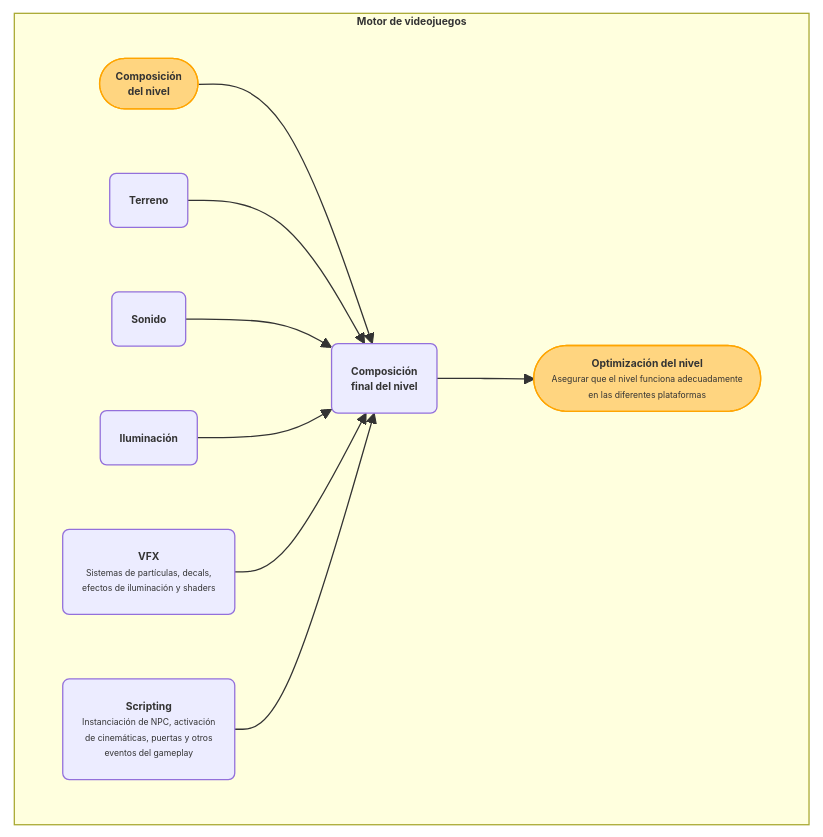
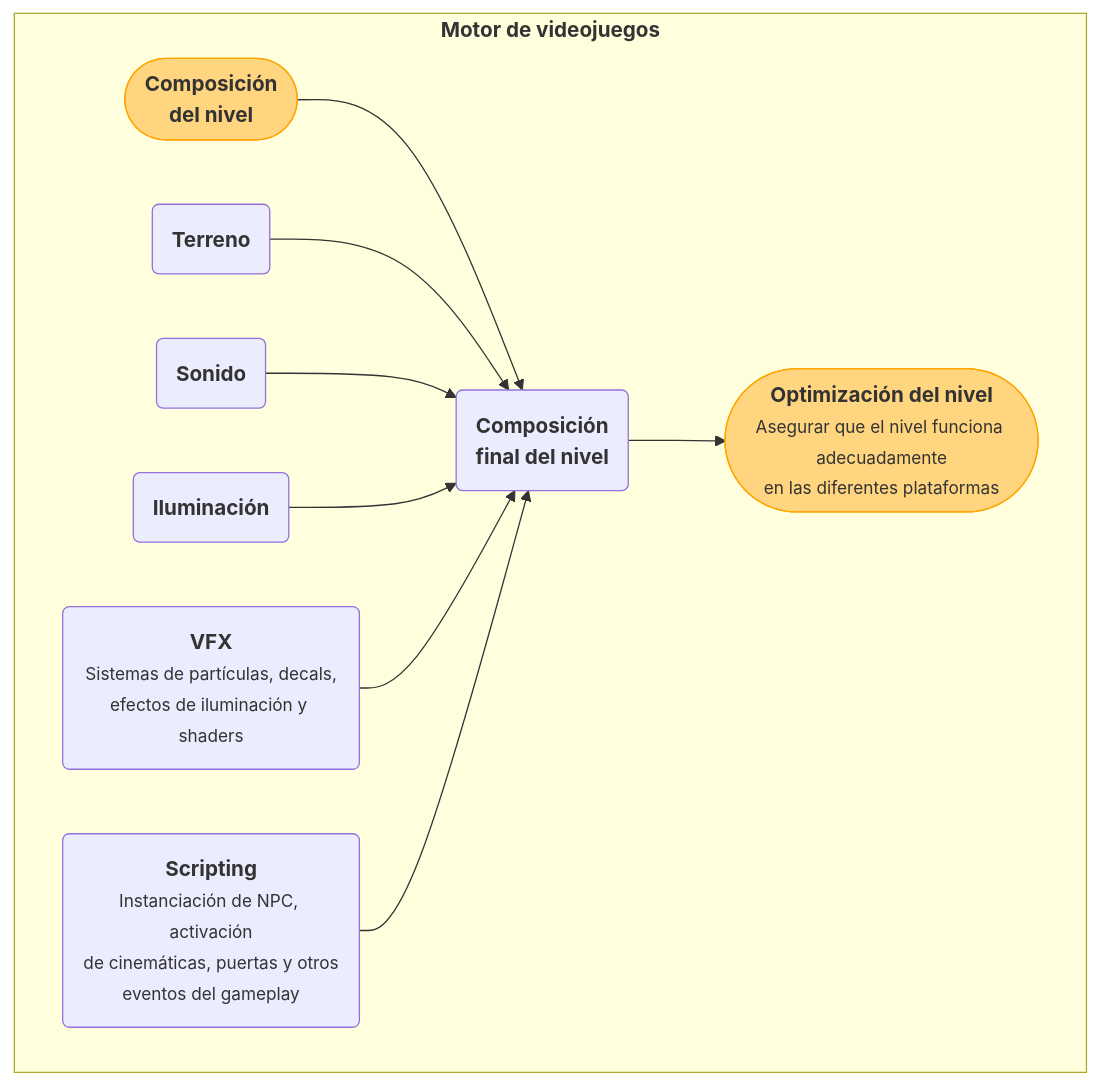
Before and after one commit to jesustorresdev/quarto-lecture-notes-format: the diagram in diagrams/creación-de-niveles/level-production-pipeline-part2.mmd, drawn with Mermaid. The commit also changed 8 other files, not shown here.

Commit message:
refactor: settings en diagramas

```diff
--- a/diagrams/creación-de-niveles/level-production-pipeline-part2.mmd
+++ b/diagrams/creación-de-niveles/level-production-pipeline-part2.mmd
@@ -1,15 +1,14 @@
-%%{init: {'themeVariables': { 'fontSize': '8px'}}}%%
 graph TD
     subgraph GameEngine["<strong>Motor de videojuegos</strong>"]
         LevelComposition(["<strong>Composición<br>del nivel</strong>"]) --> FinalLevelComposition("<strong>Composición<br>final del nivel</strong>")
         Terrain("<strong>Terreno</strong>") --> FinalLevelComposition
         Sound("<strong>Sonido</strong>") --> FinalLevelComposition
         Lighting("<strong>Iluminación</strong>") --> FinalLevelComposition
         VFX("<strong>VFX</strong><br><small>Sistemas de partículas, decals,<br>efectos de iluminación y shaders</small>") --> FinalLevelComposition
         Scripting("<strong>Scripting</strong><br><small>Instanciación de NPC, activación<br>de cinemáticas, puertas y otros<br>eventos del gameplay</small>") --> FinalLevelComposition
         
         FinalLevelComposition --> LevelOptimization(["<strong>Optimización del nivel</strong><br><small>Asegurar que el nivel funciona adecuadamente<br>en las diferentes plataformas</small>"])
 
         style LevelComposition fill:#FFD580,stroke:orange
         style LevelOptimization fill:#FFD580,stroke:orange
     end
```
